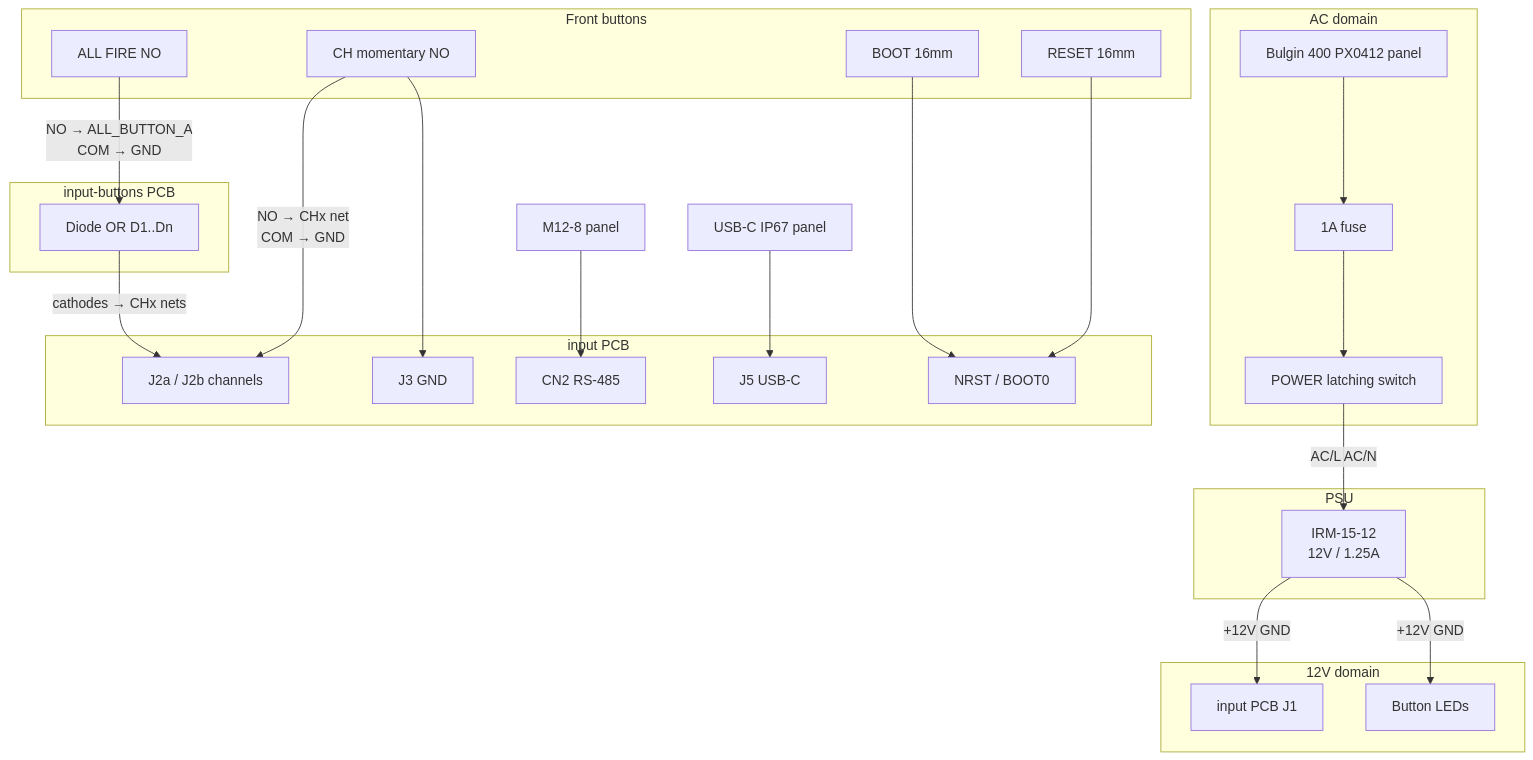
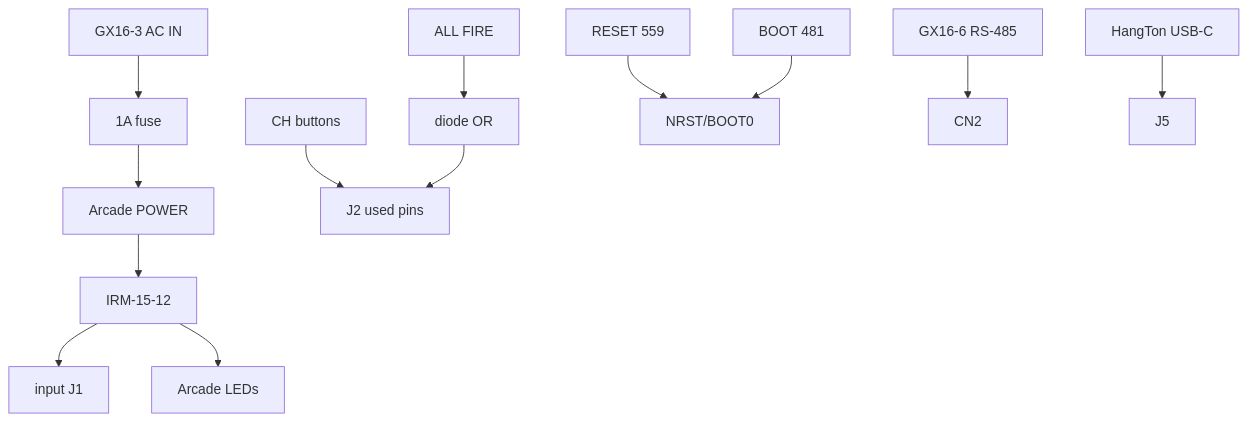
Before and after one commit to twoshark/fire-controllers: the first of 2 diagrams in hardware/v1.0.0/enclosures/WIRING.md, drawn with Mermaid. The commit also changed other lines of this file and 16 other files, not shown here.

````diff
--- a/hardware/v1.0.0/enclosures/WIRING.md
+++ b/hardware/v1.0.0/enclosures/WIRING.md
@@ -7,49 +20,13 @@
 ```mermaid
 flowchart TB
-  subgraph AC["AC domain"]
-    IEC[Bulgin 400 PX0412 panel]
-    FUSE[1A fuse]
-    PWR[POWER latching switch]
-    IEC --> FUSE --> PWR
-  end
-
-  subgraph PSU["PSU"]
-    IRM["IRM-15-12\n12V / 1.25A"]
-    PWR -->|AC/L AC/N| IRM
-  end
-
-  subgraph DC["12V domain"]
-    J1[input PCB J1]
-    LEDS[Button LEDs]
-    IRM -->|+12V GND| J1
-    IRM -->|+12V GND| LEDS
-  end
-
-  subgraph BTN["Front buttons"]
-    CHx[CH momentary NO]
-    ALL[ALL FIRE NO]
-    RST[RESET 16mm]
-    BOOT[BOOT 16mm]
-  end
-
-  subgraph DIO["input-buttons PCB"]
-    OR[Diode OR D1..Dn]
-  end
-
-  subgraph MCU["input PCB"]
-    J2[J2a / J2b channels]
-    J3[J3 GND]
-    CN2[CN2 RS-485]
-    J5[J5 USB-C]
-    SWD[NRST / BOOT0]
-  end
-
-  CHx -->|NO → CHx net\nCOM → GND| J2
-  CHx --> J3
-  ALL -->|NO → ALL_BUTTON_A\nCOM → GND| OR
-  OR -->|cathodes → CHx nets| J2
-  RST --> SWD
-  BOOT --> SWD
-  M12[M12-8 panel] --> CN2
-  USBP[USB-C IP67 panel] --> J5
+  AC[GX16-3 AC IN] --> FUSE[1A fuse] --> PWR[Arcade POWER]
+  PWR --> IRM[IRM-15-12]
+  IRM --> J1[input J1]
+  IRM --> LEDS[Arcade LEDs]
+  CHx[CH buttons] --> J2[J2 used pins]
+  ALL[ALL FIRE] --> OR[diode OR] --> J2
+  RST[RESET 559] --> SWD[NRST/BOOT0]
+  BOOT[BOOT 481] --> SWD
+  M12[GX16-6 RS-485] --> CN2[CN2]
+  USB[HangTon USB-C] --> J5[J5]
 ```
````
